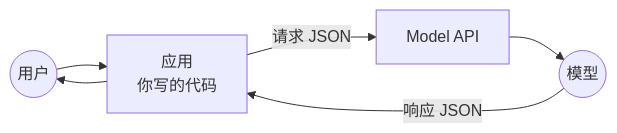
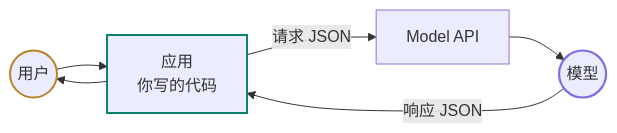
Before and after one commit to lance2016/ai-app-engineering: the first of 2 diagrams in lessons/setup/README.md, drawn with Mermaid. The commit also changed 21 other files, not shown here.

````diff
--- a/lessons/setup/README.md
+++ b/lessons/setup/README.md
@@ -28,9 +28,14 @@
 ```mermaid
 flowchart LR
+    classDef model stroke:#7c6ee6,stroke-width:2.2px
+    classDef runtime stroke:#0d806b,stroke-width:2px
+    classDef human stroke:#b88428,stroke-width:2px
     U((用户)) --> A[应用<br/>你写的代码]
     A -->|请求 JSON| G[Model API]
     G --> M((模型))
     M -->|响应 JSON| A
     A --> U
-    class A,G path
+    class U human
+    class A runtime
+    class M model
 ```
````
